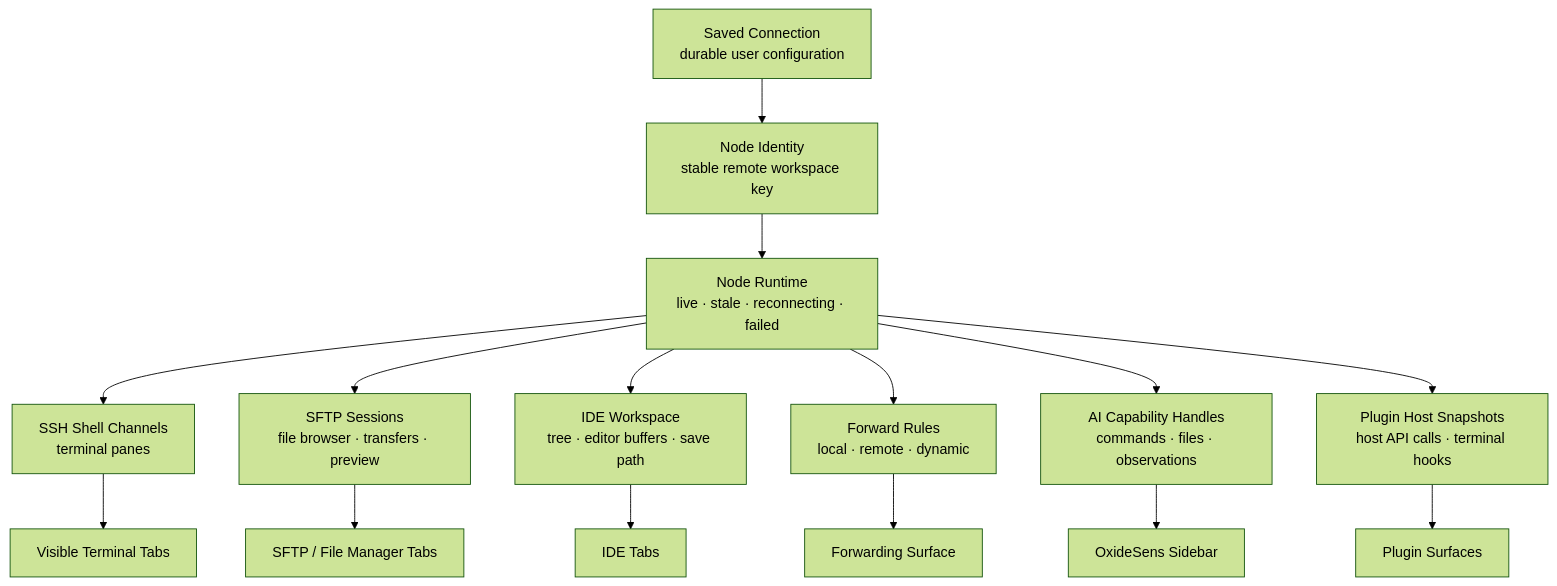
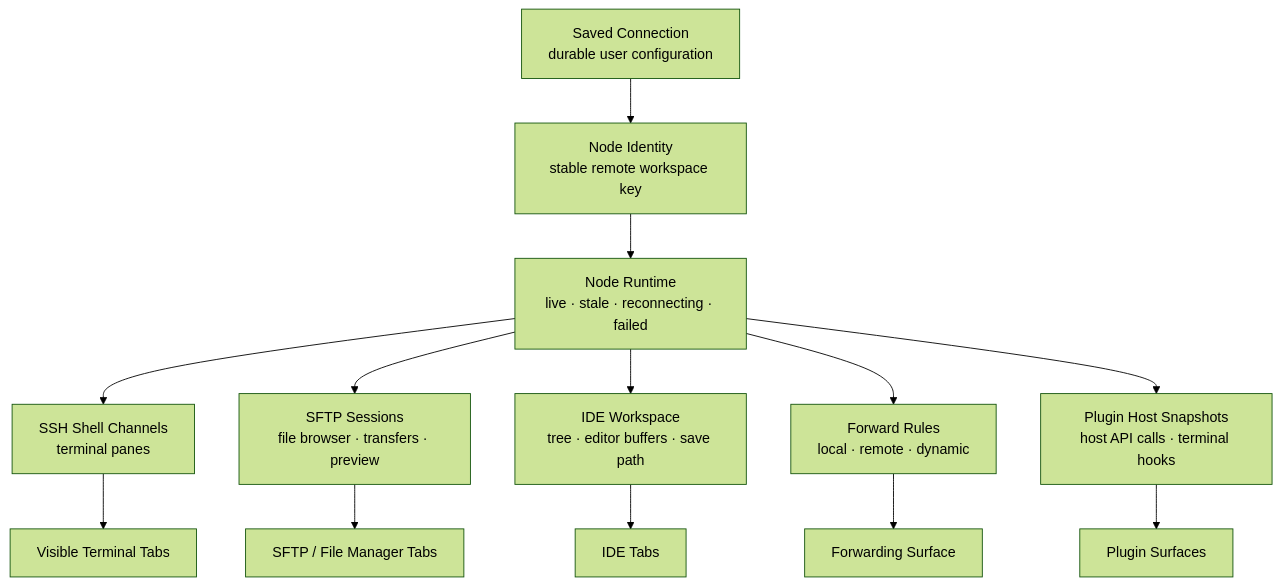
Before and after one commit to imeilige/oxideterm: the fifth of 12 diagrams in docs/user-guide/en/architecture.md, drawn with Mermaid (forest theme). The commit also changed other lines of this file and 339 other files, not shown here.

````diff
--- a/docs/user-guide/en/architecture.md
+++ b/docs/user-guide/en/architecture.md
@@ -448,19 +427,17 @@
 ```mermaid
 flowchart TB
     Saved["Saved Connection<br/>durable user configuration"] --> NodeId["Node Identity<br/>stable remote workspace key"]
     NodeId --> NodeRuntime["Node Runtime<br/>live · stale · reconnecting · failed"]
 
     NodeRuntime --> Shell["SSH Shell Channels<br/>terminal panes"]
     NodeRuntime --> Sftp["SFTP Sessions<br/>file browser · transfers · preview"]
     NodeRuntime --> Ide["IDE Workspace<br/>tree · editor buffers · save path"]
     NodeRuntime --> Forward["Forward Rules<br/>local · remote · dynamic"]
-    NodeRuntime --> AiTarget["AI Capability Handles<br/>commands · files · observations"]
     NodeRuntime --> PluginConsumers["Plugin Host Snapshots<br/>host API calls · terminal hooks"]
 
     Shell --> TerminalTabs["Visible Terminal Tabs"]
     Sftp --> SftpTabs["SFTP / File Manager Tabs"]
     Ide --> IdeTabs["IDE Tabs"]
     Forward --> ForwardSurface["Forwarding Surface"]
-    AiTarget --> AiSidebar["OxideSens Sidebar"]
     PluginConsumers --> PluginSurfaces["Plugin Surfaces"]
 ```
````
